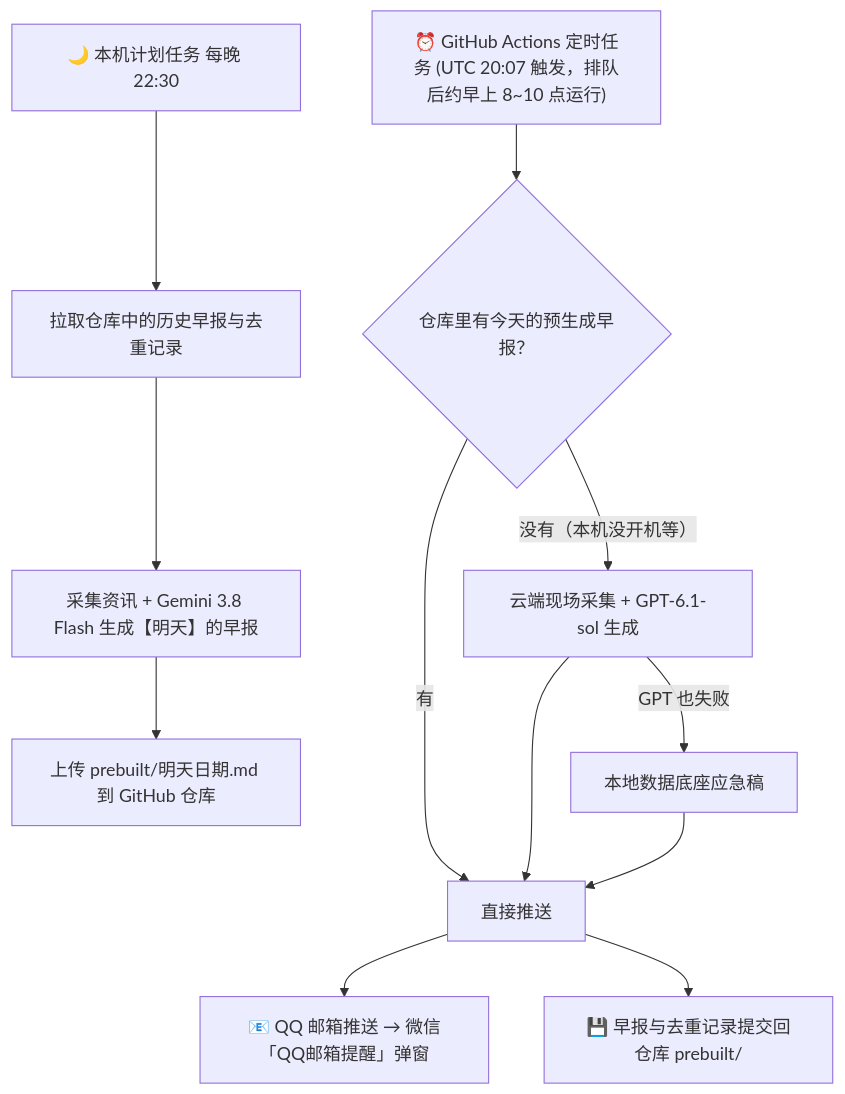
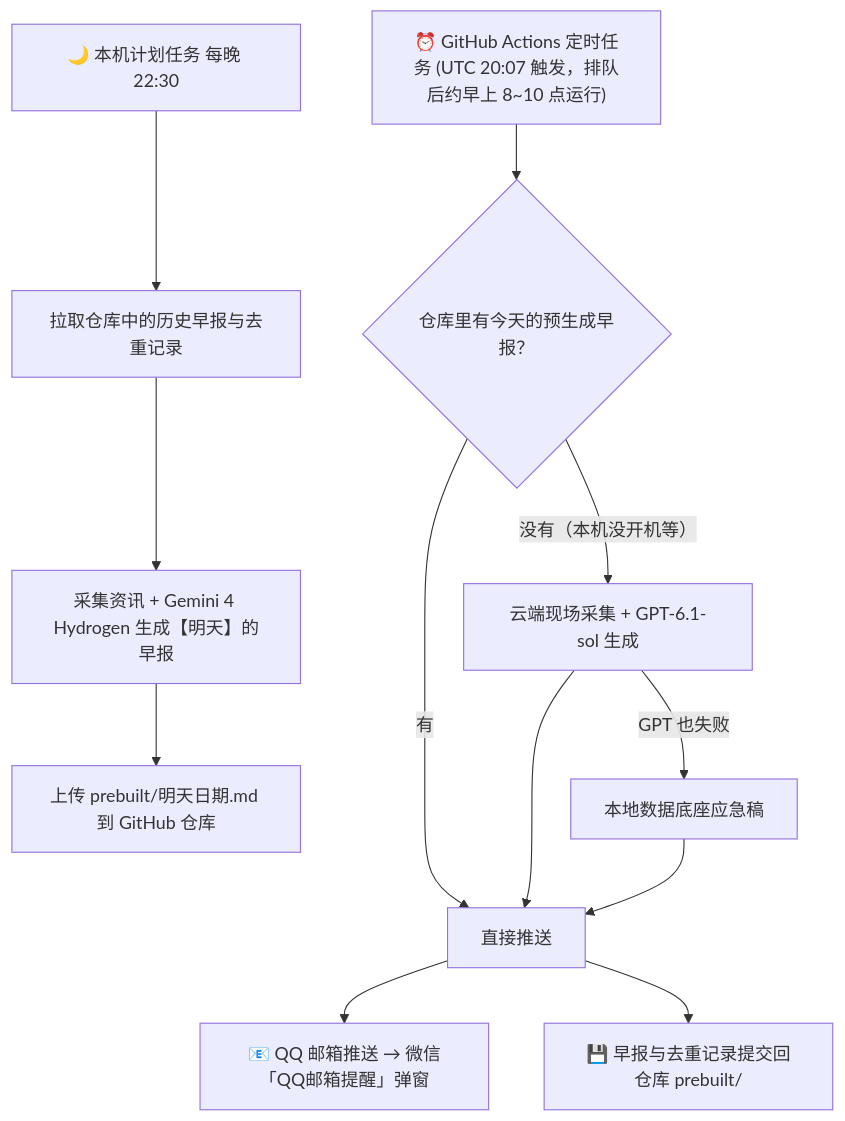
The diagram in README.md (zjh-fyy/daily-ai-digest), drawn with Mermaid before and after one commit. The commit also changed other lines of this file, not shown here.

````diff
--- a/README.md
+++ b/README.md
@@ -31,15 +31,15 @@
 ```mermaid
 flowchart TD
     A["🌙 本机计划任务 每晚 22:30"] --> A1["拉取仓库中的历史早报与去重记录"]
-    A1 --> A2["采集资讯 + Gemini 3.8 Flash 生成【明天】的早报"]
+    A1 --> A2["采集资讯 + Gemini 4 Hydrogen 生成【明天】的早报"]
     A2 --> A3["上传 prebuilt/明天日期.md 到 GitHub 仓库"]
 
     B["⏰ GitHub Actions 定时任务 (UTC 20:07 触发，排队后约早上 8~10 点运行)"] --> C{"仓库里有今天的预生成早报？"}
     C -->|有| D["直接推送"]
     C -->|没有（本机没开机等）| E["云端现场采集 + GPT-6.1-sol 生成"]
     E -->|GPT 也失败| F["本地数据底座应急稿"]
     E --> D
     F --> D
     D --> G["📧 QQ 邮箱推送 → 微信「QQ邮箱提醒」弹窗"]
     D --> H["💾 早报与去重记录提交回仓库 prebuilt/"]
 ```
````
